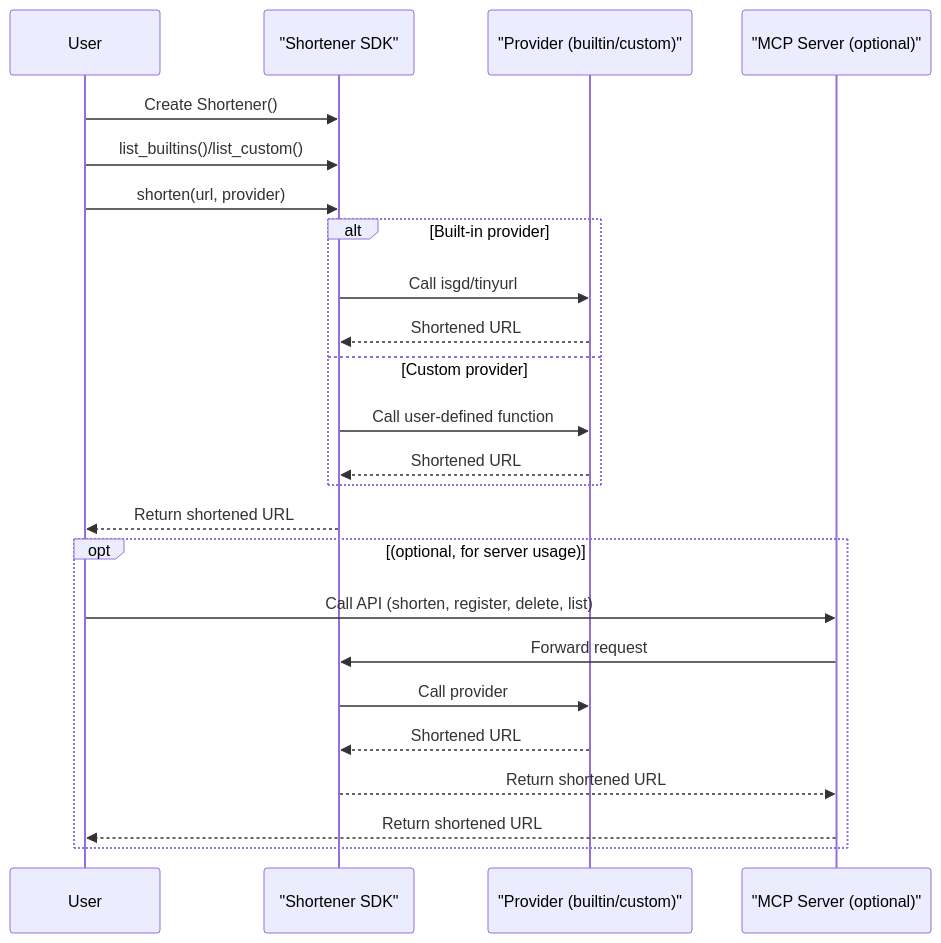
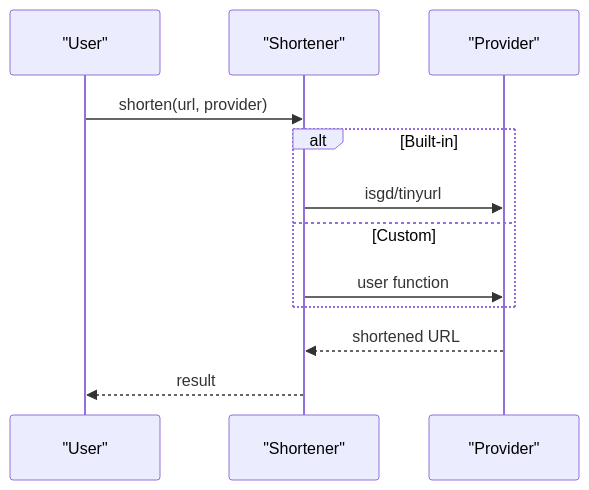
One commit to mdonmez/shortl changed the first of 2 diagrams in README.md. Above: the diagram before and after it, drawn with Mermaid. The commit also changed other lines of this file, not shown here.

````diff
--- a/README.md
+++ b/README.md
@@ -110,26 +53,14 @@
 ```mermaid
 sequenceDiagram
-    participant User
-    participant Shortener as "Shortener SDK"
-    participant Provider as "Provider (builtin/custom)"
-    participant MCP as "MCP Server (optional)"
-    User->>Shortener: Create Shortener()
-    User->>Shortener: list_builtins()/list_custom()
-    User->>Shortener: shorten(url, provider)
-    alt Built-in provider
-        Shortener->>Provider: Call isgd/tinyurl
-        Provider-->>Shortener: Shortened URL
-    else Custom provider
-        Shortener->>Provider: Call user-defined function
-        Provider-->>Shortener: Shortened URL
+    participant U as "User"
+    participant S as "Shortener"
+    participant P as "Provider"
+    U->>S: shorten(url, provider)
+    alt Built-in
+        S->>P: isgd/tinyurl
+    else Custom
+        S->>P: user function
     end
-    Shortener-->>User: Return shortened URL
-    opt (optional, for server usage)
-        User->>MCP: Call API (shorten, register, delete, list)
-        MCP->>Shortener: Forward request
-        Shortener->>Provider: Call provider
-        Provider-->>Shortener: Shortened URL
-        Shortener-->>MCP: Return shortened URL
-        MCP-->>User: Return shortened URL
-    end
+    P-->>S: shortened URL
+    S-->>U: result
 ```
````
